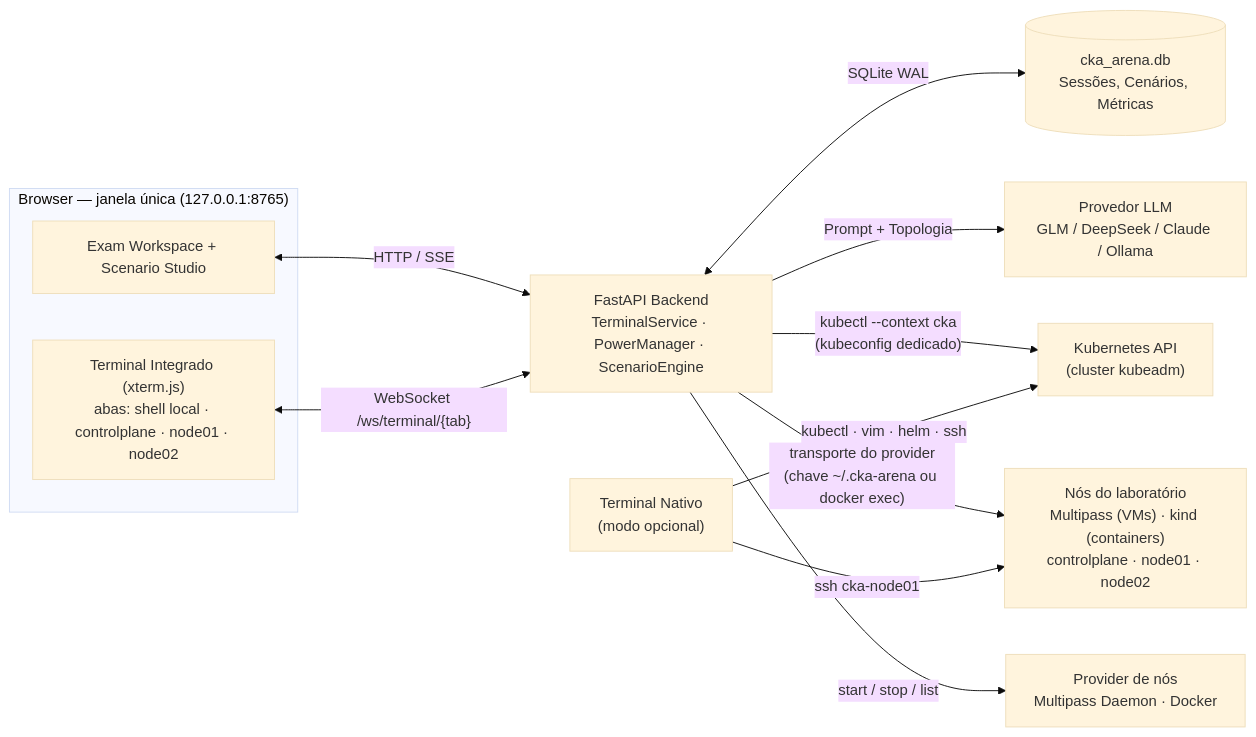
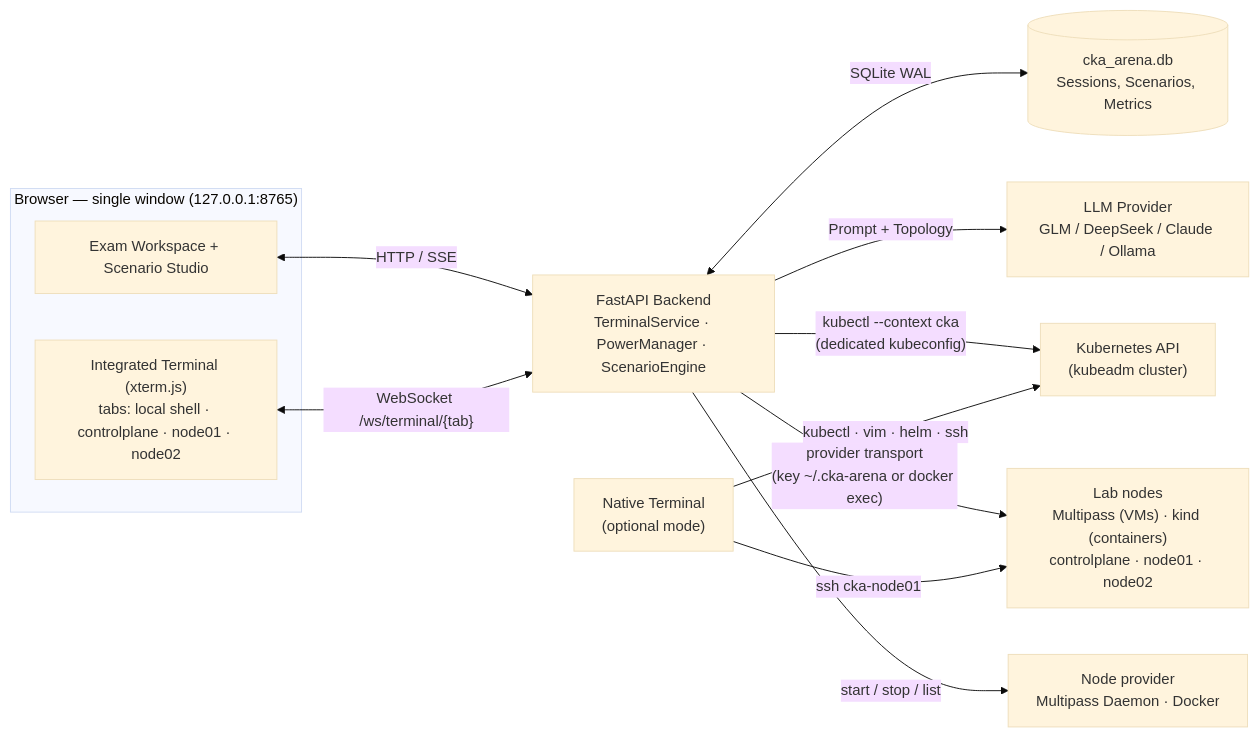
One commit to Fabi0x01/cka-arena changed the first of 3 diagrams in ARCHITECTURE.md. Above: the diagram before and after it, drawn with Mermaid (base theme). The commit also changed other lines of this file and 10 other files, not shown here.

````diff
--- a/ARCHITECTURE.md
+++ b/ARCHITECTURE.md
@@ -13,16 +13,16 @@
 ```mermaid
 flowchart LR
-    subgraph BR["Browser — janela única (127.0.0.1:8765)"]
+    subgraph BR["Browser — single window (127.0.0.1:8765)"]
         UI["Exam Workspace + Scenario Studio"]
-        XT["Terminal Integrado (xterm.js)\nabas: shell local · controlplane · node01 · node02"]
+        XT["Integrated Terminal (xterm.js)\ntabs: local shell · controlplane · node01 · node02"]
     end
     UI <-->|HTTP / SSE| B["FastAPI Backend\nTerminalService · PowerManager · ScenarioEngine"]
     XT <-->|"WebSocket /ws/terminal/{tab}"| B
-    B <-->|SQLite WAL| DB[("cka_arena.db\nSessões, Cenários, Métricas")]
-    B -->|Prompt + Topologia| LLM["Provedor LLM\nGLM / DeepSeek / Claude / Ollama"]
-    B -->|"kubectl --context cka\n(kubeconfig dedicado)"| K8sAPI["Kubernetes API\n(cluster kubeadm)"]
-    B -->|"transporte do provider\n(chave ~/.cka-arena ou docker exec)"| Nodes["Nós do laboratório\nMultipass (VMs) · kind (containers)\ncontrolplane · node01 · node02"]
-    B -->|"start / stop / list"| MPX["Provider de nós\nMultipass Daemon · Docker"]
-    TN["Terminal Nativo\n(modo opcional)"] -->|kubectl · vim · helm · ssh| K8sAPI
+    B <-->|SQLite WAL| DB[("cka_arena.db\nSessions, Scenarios, Metrics")]
+    B -->|Prompt + Topology| LLM["LLM Provider\nGLM / DeepSeek / Claude / Ollama"]
+    B -->|"kubectl --context cka\n(dedicated kubeconfig)"| K8sAPI["Kubernetes API\n(kubeadm cluster)"]
+    B -->|"provider transport\n(key ~/.cka-arena or docker exec)"| Nodes["Lab nodes\nMultipass (VMs) · kind (containers)\ncontrolplane · node01 · node02"]
+    B -->|"start / stop / list"| MPX["Node provider\nMultipass Daemon · Docker"]
+    TN["Native Terminal\n(optional mode)"] -->|kubectl · vim · helm · ssh| K8sAPI
     TN -->|ssh cka-node01| Nodes
 ```
````
